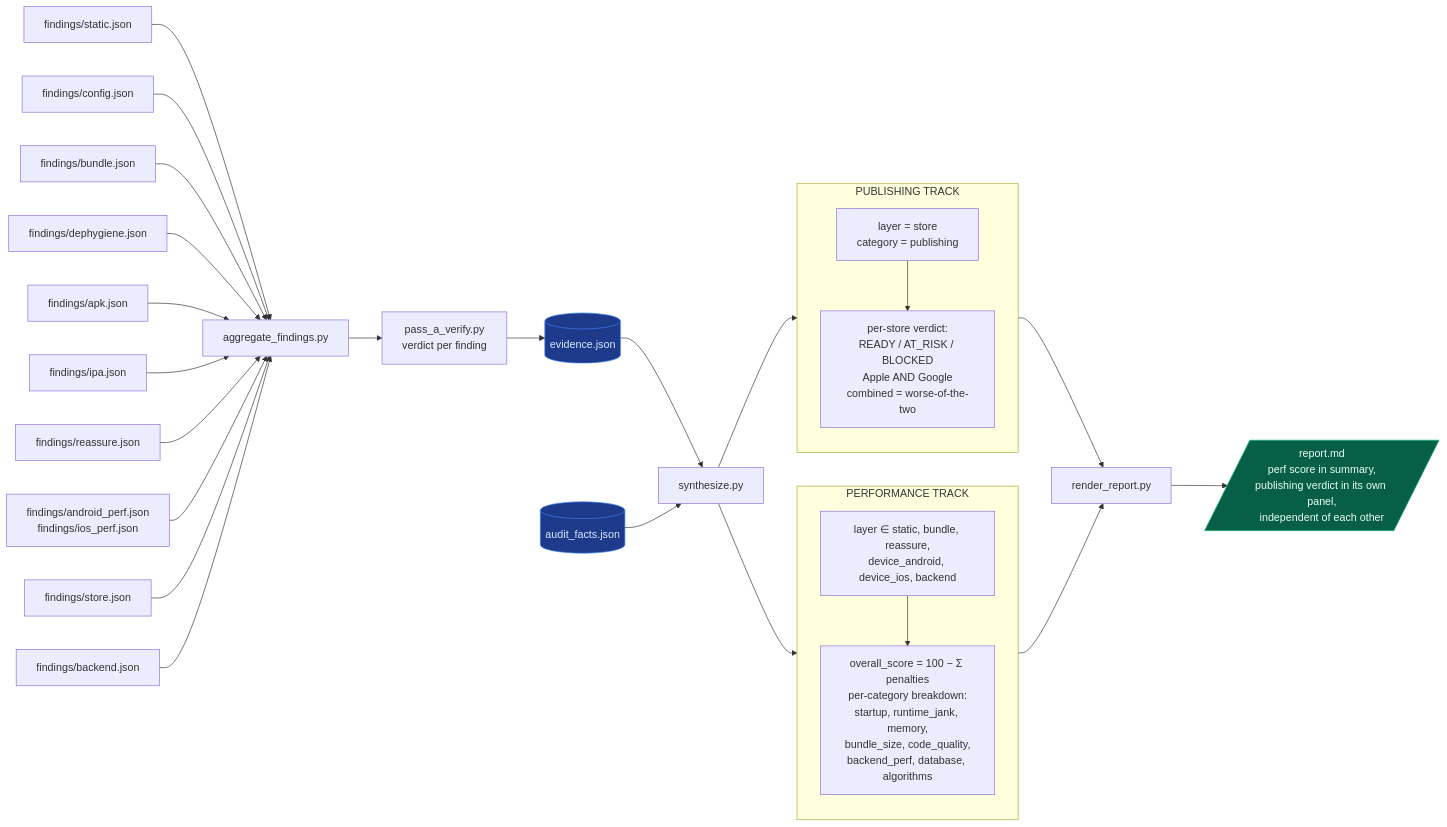
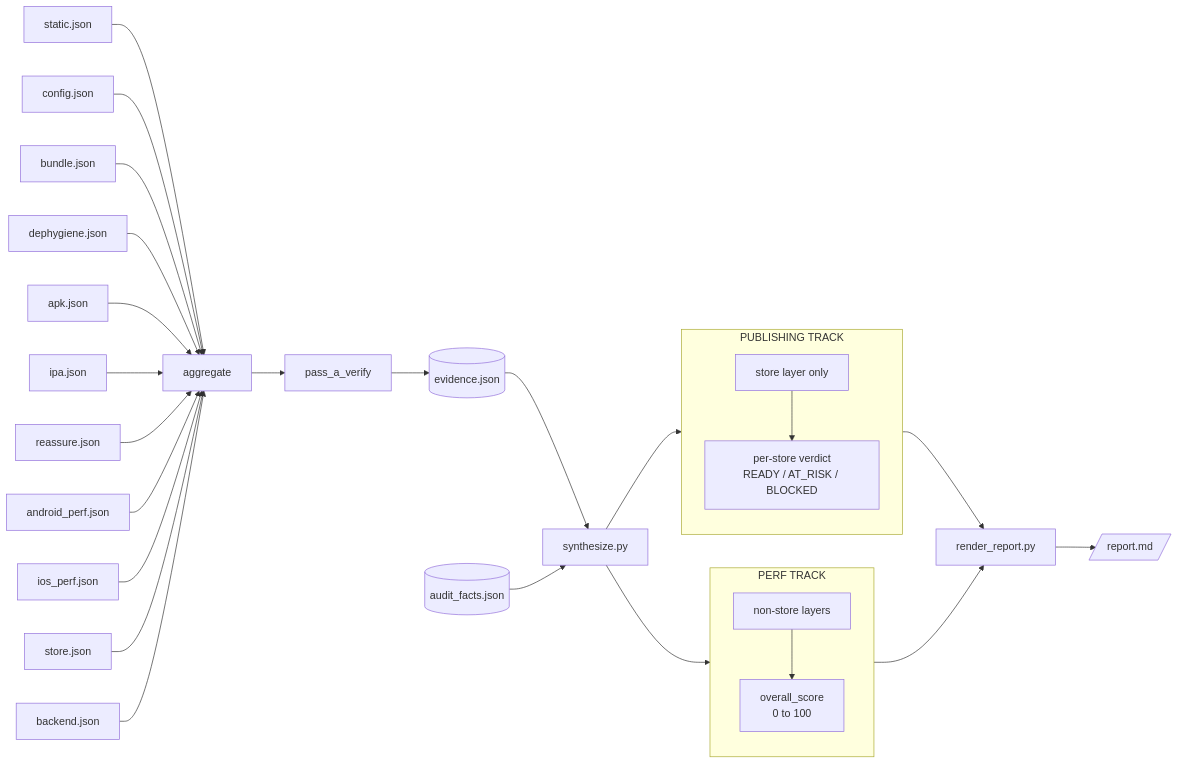
The second of 2 diagrams in architecture.md (kunal-10-cloud/mobile-app-performance-pipeline), drawn with Mermaid before and after one commit. The commit also changed other lines of this file and 1 other file, not shown here.

Commit message:
docs: shorten diagram node labels

````diff
--- a/architecture.md
+++ b/architecture.md
@@ -138,59 +155,65 @@
 ```mermaid
 flowchart LR
     %% Sources
-    F1[findings/static.json]
-    F2[findings/config.json]
-    F3[findings/bundle.json]
-    F4[findings/dephygiene.json]
-    F5[findings/apk.json]
-    F6[findings/ipa.json]
-    F7[findings/reassure.json]
-    F8[findings/android_perf.json<br/>findings/ios_perf.json]
-    F9[findings/store.json]
-    F10[findings/backend.json]
+    F1[static.json]
+    F2[config.json]
+    F3[bundle.json]
+    F4[dephygiene.json]
+    F5[apk.json]
+    F6[ipa.json]
+    F7[reassure.json]
+    F8[android_perf.json]
+    F8b[ios_perf.json]
+    F9[store.json]
+    F10[backend.json]
 
     %% Convergence
-    AGG[aggregate_findings.py]
-    PA[pass_a_verify.py<br/>verdict per finding]
+    AGG[aggregate]
+    PA[pass_a_verify]
     EV[(evidence.json)]
     FACTS[(audit_facts.json)]
 
-    F1 & F2 & F3 & F4 & F5 & F6 & F7 & F8 & F9 & F10 --> AGG
+    F1 --> AGG
+    F2 --> AGG
+    F3 --> AGG
+    F4 --> AGG
+    F5 --> AGG
+    F6 --> AGG
+    F7 --> AGG
+    F8 --> AGG
+    F8b --> AGG
+    F9 --> AGG
+    F10 --> AGG
     AGG --> PA
     PA --> EV
 
     %% Synthesis splits into two tracks
     SYN[synthesize.py]
     EV --> SYN
     FACTS --> SYN
 
     %% Track 1 — perf score
-    subgraph perf_track["PERFORMANCE TRACK"]
+    subgraph perf_track["PERF TRACK"]
         direction TB
-        PERF_LAYERS["layer ∈ static, bundle, reassure,<br/>device_android, device_ios, backend"]
-        SCORE["overall_score = 100 − Σ penalties<br/>per-category breakdown:<br/>startup, runtime_jank, memory,<br/>bundle_size, code_quality,<br/>backend_perf, database, algorithms"]
+        PERF_LAYERS[non-store layers]
+        SCORE[overall_score<br/>0 to 100]
         PERF_LAYERS --> SCORE
     end
 
     %% Track 2 — publishing verdict
     subgraph pub_track["PUBLISHING TRACK"]
         direction TB
-        PUB_LAYER["layer = store<br/>category = publishing"]
-        VERDICT["per-store verdict:<br/>READY / AT_RISK / BLOCKED<br/>Apple AND Google<br/>combined = worse-of-the-two"]
+        PUB_LAYER[store layer only]
+        VERDICT[per-store verdict<br/>READY / AT_RISK / BLOCKED]
         PUB_LAYER --> VERDICT
     end
 
     SYN --> perf_track
     SYN --> pub_track
 
     %% Render
     REND[render_report.py]
     SCORE --> REND
     VERDICT --> REND
-    REND --> REPORT[/report.md<br/>perf score in summary,<br/>publishing verdict in its own panel,<br/>independent of each other/]
-
-    classDef ledger fill:#1e3a8a,stroke:#3b82f6,color:#dbeafe
-    classDef outNode fill:#065f46,stroke:#10b981,color:#ecfdf5
-    class EV,FACTS ledger
-    class REPORT outNode
+    REND --> REPORT[/report.md/]
 ```
````
